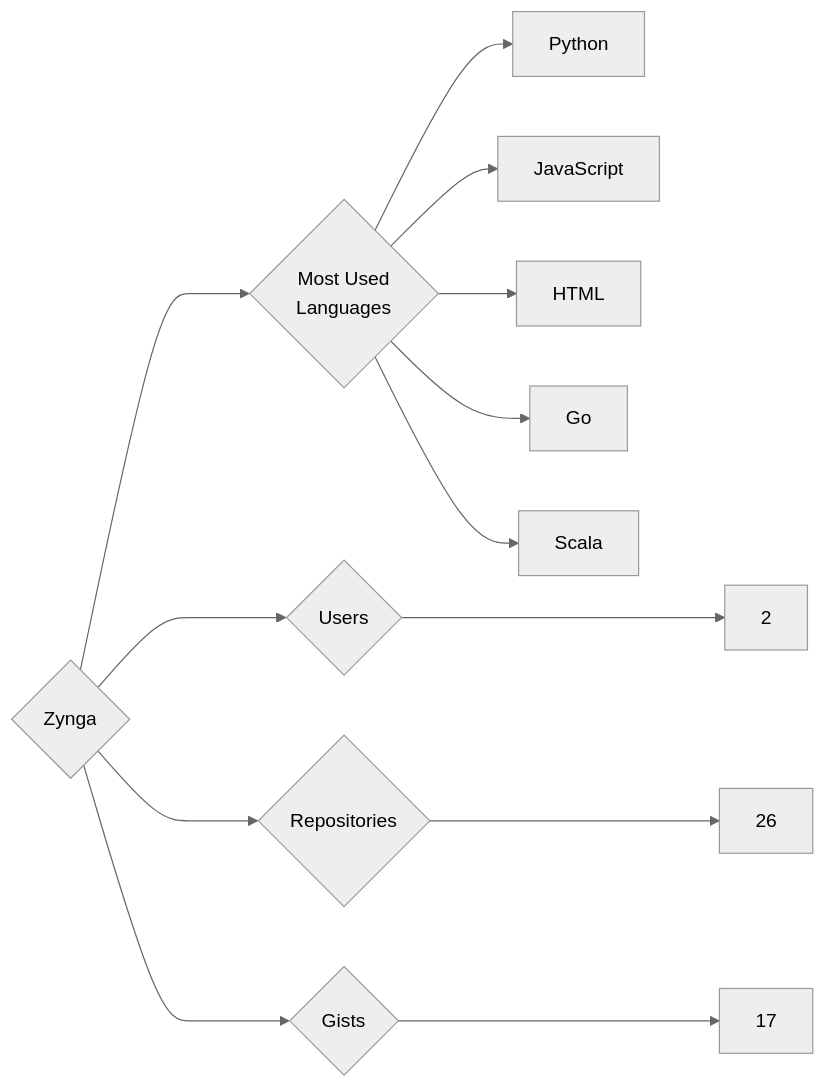
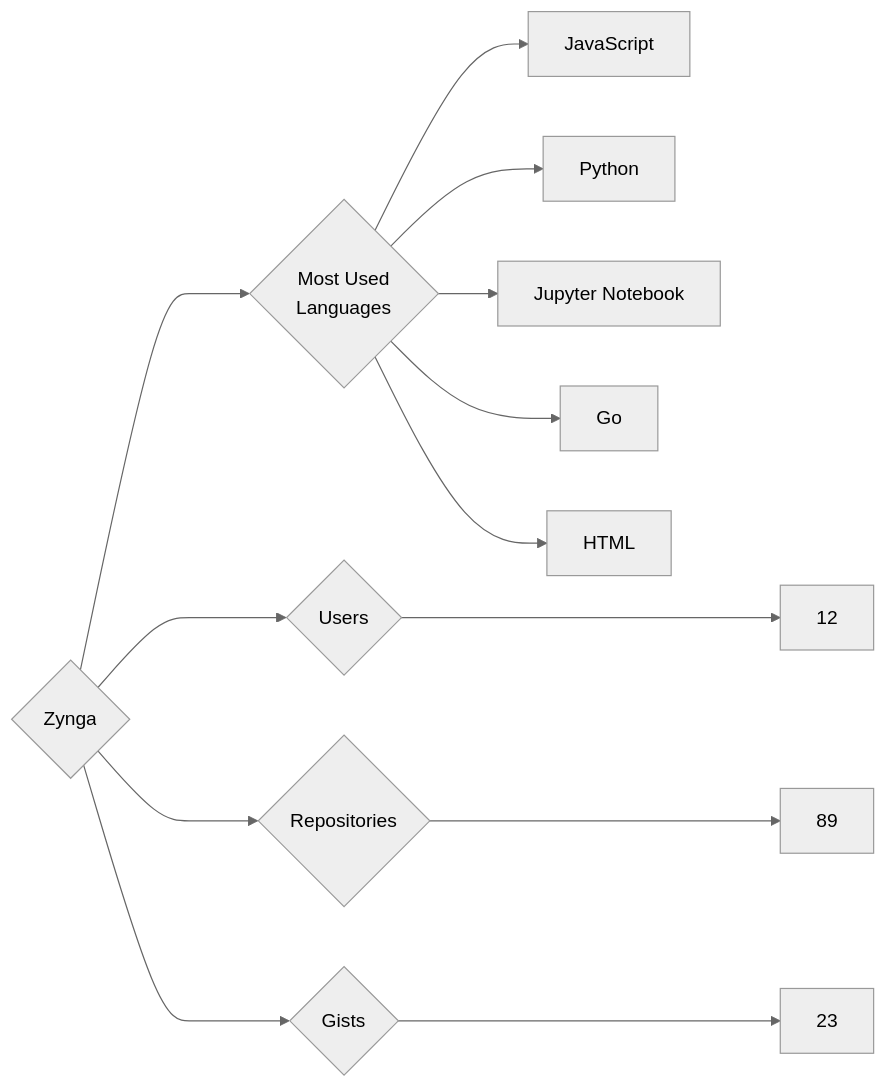
Before and after one commit to trickest/insiders: the diagram in targets/Zynga/README.md, drawn with Mermaid (neutral theme). The commit also changed 972 other files, not shown here.

````diff
--- a/targets/Zynga/README.md
+++ b/targets/Zynga/README.md
@@ -3,13 +3,13 @@
 ```mermaid
 graph LR
 COMPANY_NAME{Zynga}
-COMPANY_NAME ---> U{Users} ---> UN[2]
-COMPANY_NAME ---> R{Repositories} ---> RN[26]
-COMPANY_NAME ---> G{Gists} ---> GN[17]
+COMPANY_NAME ---> U{Users} ---> UN[12]
+COMPANY_NAME ---> R{Repositories} ---> RN[89]
+COMPANY_NAME ---> G{Gists} ---> GN[23]
 COMPANY_NAME ---> ML{Most Used<br>Languages}
+ML --> JavaScript[JavaScript]
 ML --> Python[Python]
-ML --> JavaScript[JavaScript]
+ML --> Jupyter_Notebook[Jupyter Notebook]
+ML --> Go[Go]
 ML --> HTML[HTML]
-ML --> Go[Go]
-ML --> Scala[Scala]
 ```
````
